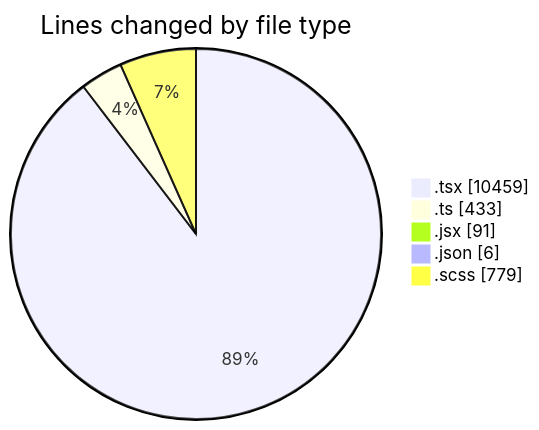
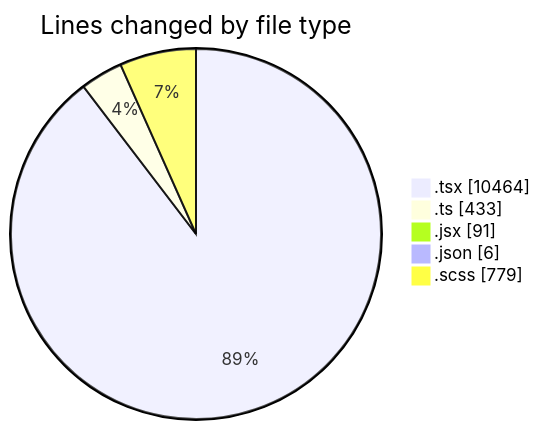
The first of 2 diagrams in 2026-04-27/cda/README.md (momahboobian/code-tracking), drawn with Mermaid before and after one commit. The commit also changed other lines of this file and 1 other file, not shown here.

````diff
--- a/2026-04-27/cda/README.md
+++ b/2026-04-27/cda/README.md
@@ -56,9 +56,9 @@
 ```mermaid
 pie showData
 title Lines changed by file type
-".tsx" : 10459
+".tsx" : 10464
 ".ts" : 433
 ".jsx" : 91
 ".json" : 6
 ".scss" : 779
 ```
````
